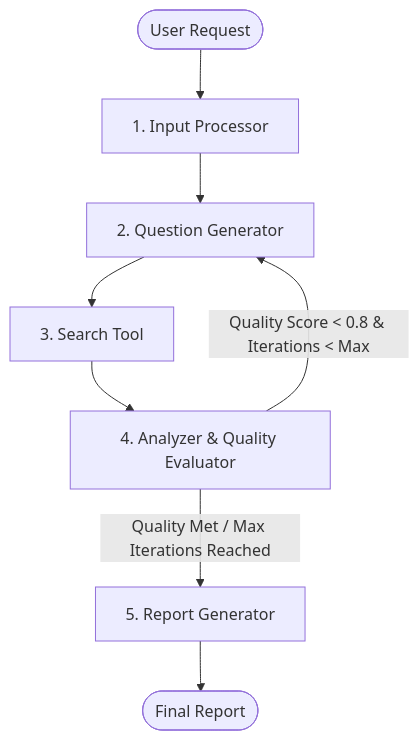
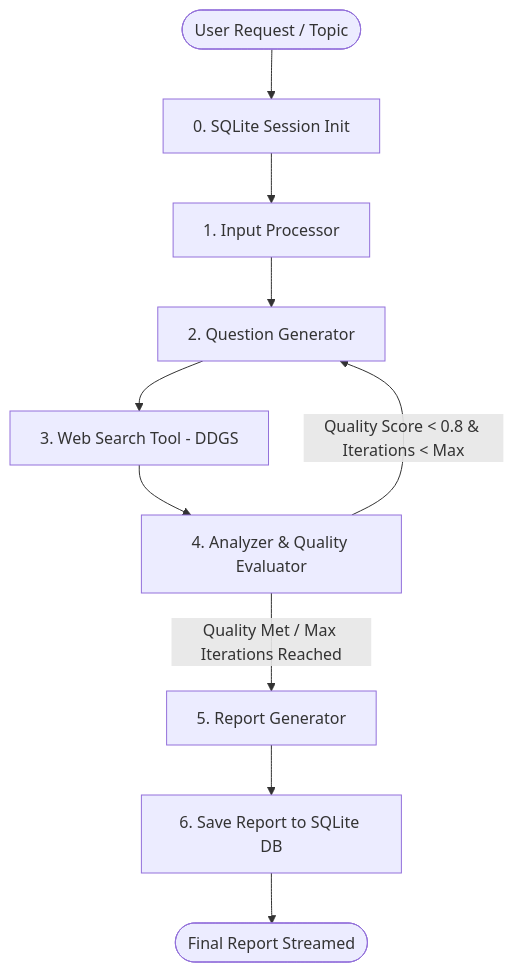
The diagram in README.md (Nabos23/multi-agent-research-assistant), drawn with Mermaid before and after one commit. The commit also changed other lines of this file, not shown here.

Commit message:
docs: update README with 3D UI features, SQLite session memory, and multi-provider LLM setup

````diff
--- a/README.md
+++ b/README.md
@@ -19,11 +25,13 @@
 ```mermaid
 graph TD
-    Start([User Request]) --> InputProc[1. Input Processor]
+    Start([User Request / Topic]) --> Session[0. SQLite Session Init]
+    Session --> InputProc[1. Input Processor]
     InputProc --> QuesGen[2. Question Generator]
-    QuesGen --> Search[3. Search Tool]
+    QuesGen --> Search[3. Web Search Tool - DDGS]
     Search --> Analyzer[4. Analyzer & Quality Evaluator]
     
     Analyzer -->|Quality Score < 0.8 & Iterations < Max| QuesGen
     Analyzer -->|Quality Met / Max Iterations Reached| Reporter[5. Report Generator]
-    Reporter --> End([Final Report])
+    Reporter --> DBStore[6. Save Report to SQLite DB]
+    DBStore --> End([Final Report Streamed])
 ```
````
